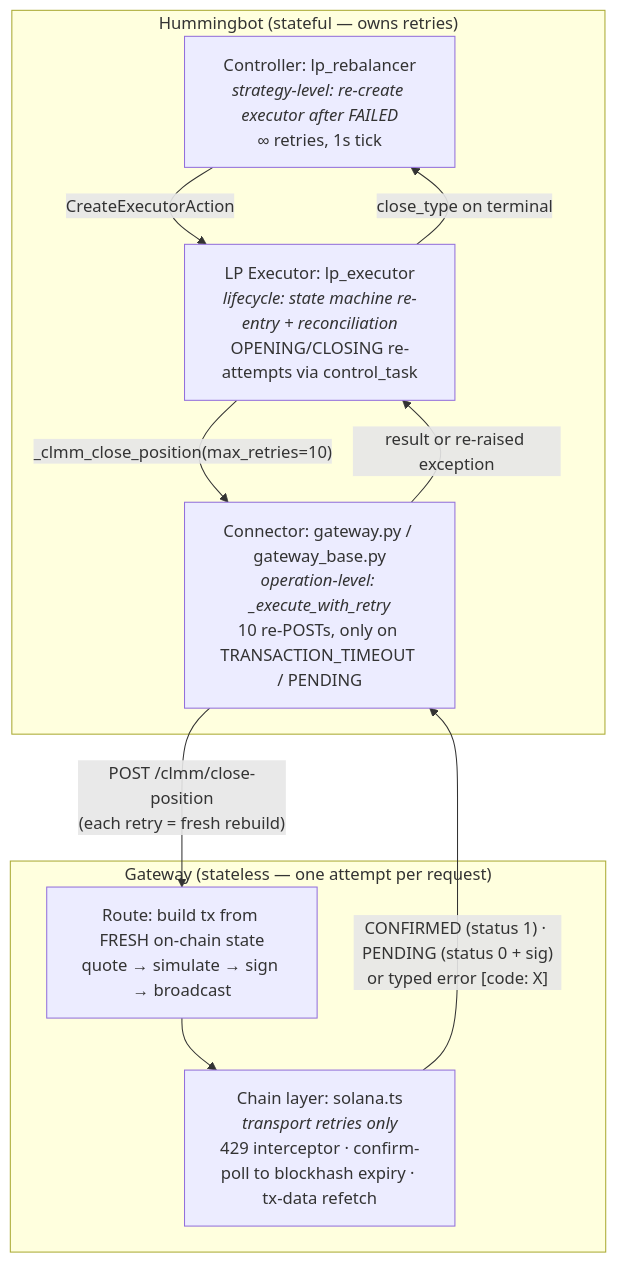
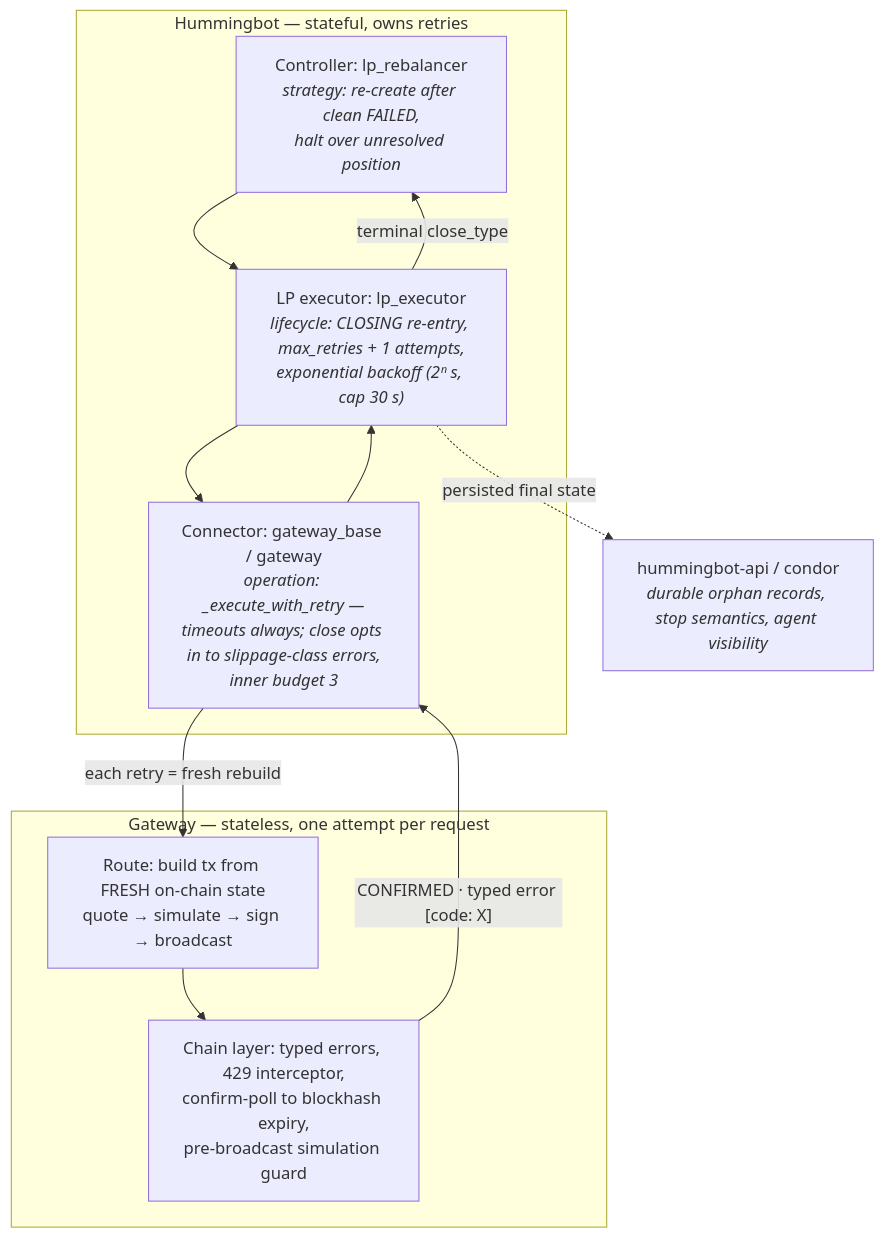
One commit to hummingbot/gateway changed the first of 5 diagrams in docs/retry-architecture.md. Above: the diagram before and after it, drawn with Mermaid. The commit also changed other lines of this file, not shown here.

First line of the commit message:
docs: rewrite retry-architecture as issues + final architecture

````diff
--- a/docs/retry-architecture.md
+++ b/docs/retry-architecture.md
@@ -24,19 +19,21 @@
 ```mermaid
 flowchart TB
-    subgraph HB["Hummingbot (stateful — owns retries)"]
-        C["Controller: lp_rebalancer<br/><i>strategy-level: re-create executor after FAILED</i><br/>∞ retries, 1s tick"]
-        E["LP Executor: lp_executor<br/><i>lifecycle: state machine re-entry + reconciliation</i><br/>OPENING/CLOSING re-attempts via control_task"]
-        K["Connector: gateway.py / gateway_base.py<br/><i>operation-level: _execute_with_retry</i><br/>10 re-POSTs, only on TRANSACTION_TIMEOUT / PENDING"]
+    subgraph HB["Hummingbot — stateful, owns retries"]
+        C["Controller: lp_rebalancer<br/><i>strategy: re-create after clean FAILED,<br/>halt over unresolved position</i>"]
+        E["LP executor: lp_executor<br/><i>lifecycle: CLOSING re-entry, max_retries + 1 attempts,<br/>exponential backoff (2ⁿ s, cap 30 s)</i>"]
+        K["Connector: gateway_base / gateway<br/><i>operation: _execute_with_retry —<br/>timeouts always; close opts in to slippage-class errors,<br/>inner budget 3</i>"]
     end
-    subgraph GW["Gateway (stateless — one attempt per request)"]
+    subgraph GW["Gateway — stateless, one attempt per request"]
         R["Route: build tx from FRESH on-chain state<br/>quote → simulate → sign → broadcast"]
-        S["Chain layer: solana.ts<br/><i>transport retries only</i><br/>429 interceptor · confirm-poll to blockhash expiry · tx-data refetch"]
+        S["Chain layer: typed errors, 429 interceptor,<br/>confirm-poll to blockhash expiry,<br/>pre-broadcast simulation guard"]
     end
-    C -->|CreateExecutorAction| E
-    E -->|"_clmm_close_position(max_retries=10)"| K
-    K -->|"POST /clmm/close-position<br/>(each retry = fresh rebuild)"| R
+    A["hummingbot-api / condor<br/><i>durable orphan records, stop semantics, agent visibility</i>"]
+    C --> E
+    E --> K
+    K -->|"each retry = fresh rebuild"| R
     R --> S
-    S -->|"CONFIRMED (status 1) · PENDING (status 0 + sig)<br/>or typed error [code: X]"| K
-    K -->|result or re-raised exception| E
-    E -->|close_type on terminal| C
+    S -->|"CONFIRMED · typed error [code: X]"| K
+    K --> E
+    E -->|terminal close_type| C
+    E -.->|persisted final state| A
 ```
````
